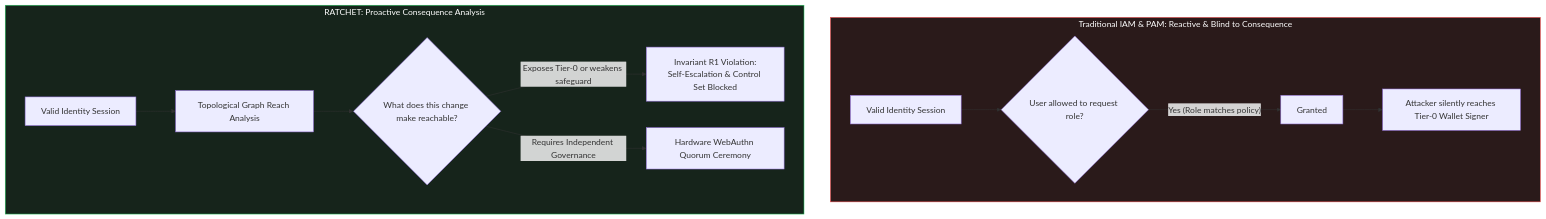
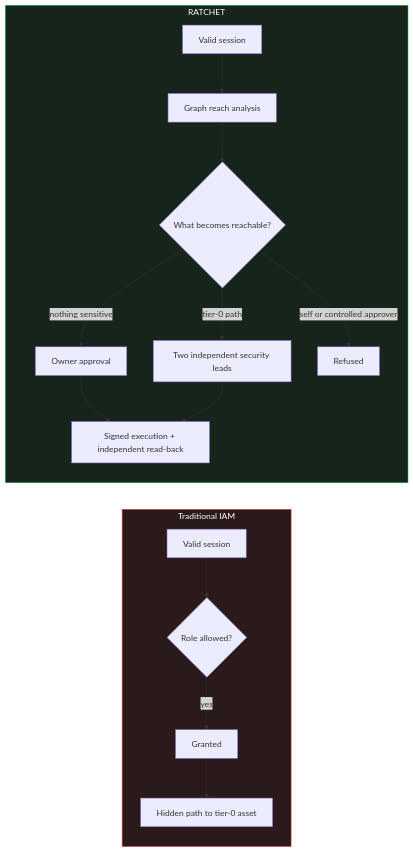
One commit to sakararya43-web/Ratchet changed the first of 8 diagrams in README.md. Above: the diagram before and after it, drawn with Mermaid. The commit also changed other lines of this file and 10 other files, not shown here.

First line of the commit message:
docs(readme): rewrite README with screenshots, diagrams and roadmap

````diff
--- a/README.md
+++ b/README.md
@@ -77,18 +56,21 @@
 ```mermaid
-flowchart TD
-    subgraph Traditional["Traditional IAM & PAM: Reactive & Blind to Consequence"]
-        T1["Valid Identity Session"] --> T2{"User allowed to request role?"}
-        T2 -->|"Yes (Role matches policy)"| T3["Granted"]
-        T3 --> T4["Attacker silently reaches Tier-0 Wallet Signer"]
+flowchart LR
+    subgraph Traditional["Traditional IAM"]
+        direction TB
+        T1["Valid session"] --> T2{"Role allowed?"}
+        T2 -->|yes| T3["Granted"]
+        T3 --> T4["Hidden path to tier-0 asset"]
     end
-
-    subgraph RATCHET_Approach["RATCHET: Proactive Consequence Analysis"]
-        R1["Valid Identity Session"] --> R2["Topological Graph Reach Analysis"]
-        R2 --> R3{"What does this change make reachable?"}
-        R3 -->|"Exposes Tier-0 or weakens safeguard"| R4["Invariant R1 Violation:<br/>Self-Escalation & Control Set Blocked"]
-        R3 -->|"Requires Independent Governance"| R5["Hardware WebAuthn Quorum Ceremony"]
+    subgraph Ratchet["RATCHET"]
+        direction TB
+        R1["Valid session"] --> R2["Graph reach analysis"]
+        R2 --> R3{"What becomes reachable?"}
+        R3 -->|"nothing sensitive"| R4["Owner approval"]
+        R3 -->|"tier-0 path"| R5["Two independent security leads"]
+        R3 -->|"self or controlled approver"| R6["Refused"]
+        R4 --> R7["Signed execution + independent read-back"]
+        R5 --> R7
     end
-
     style Traditional fill:#2a1a1a,stroke:#ef4444,color:#fff
-    style RATCHET_Approach fill:#16241b,stroke:#22c55e,color:#fff
+    style Ratchet fill:#16241b,stroke:#22c55e,color:#fff
 ```
````
